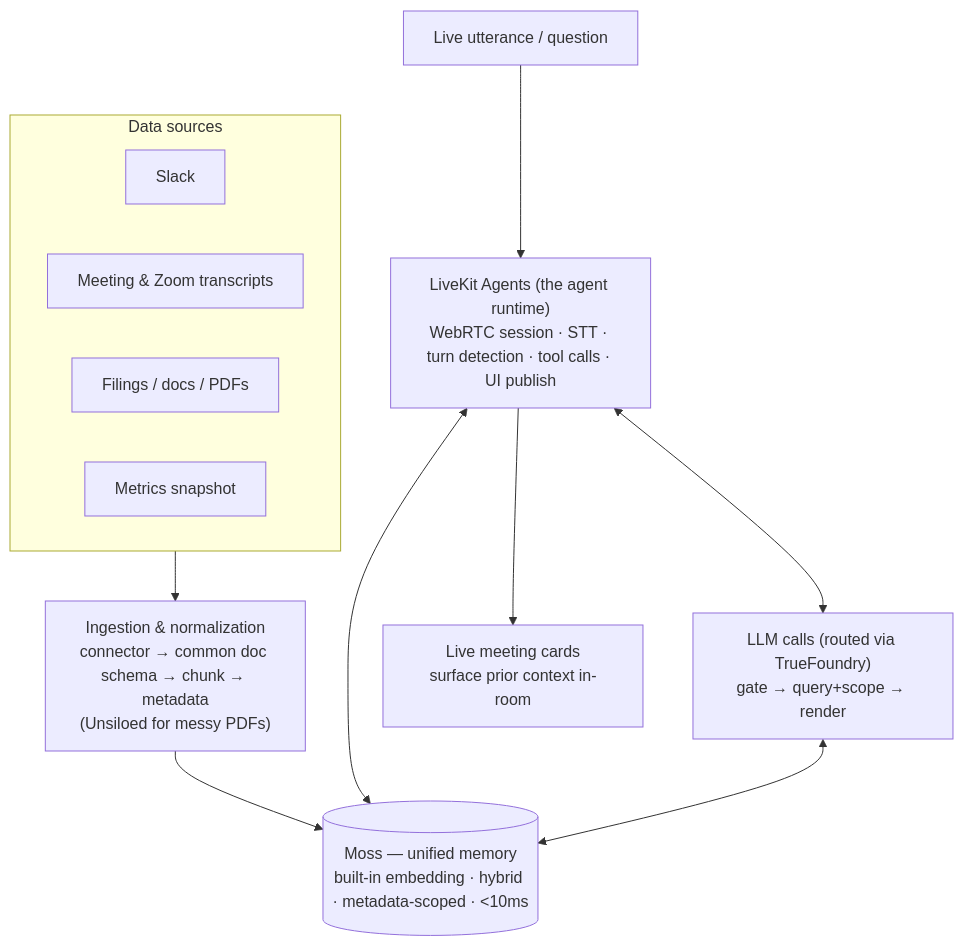
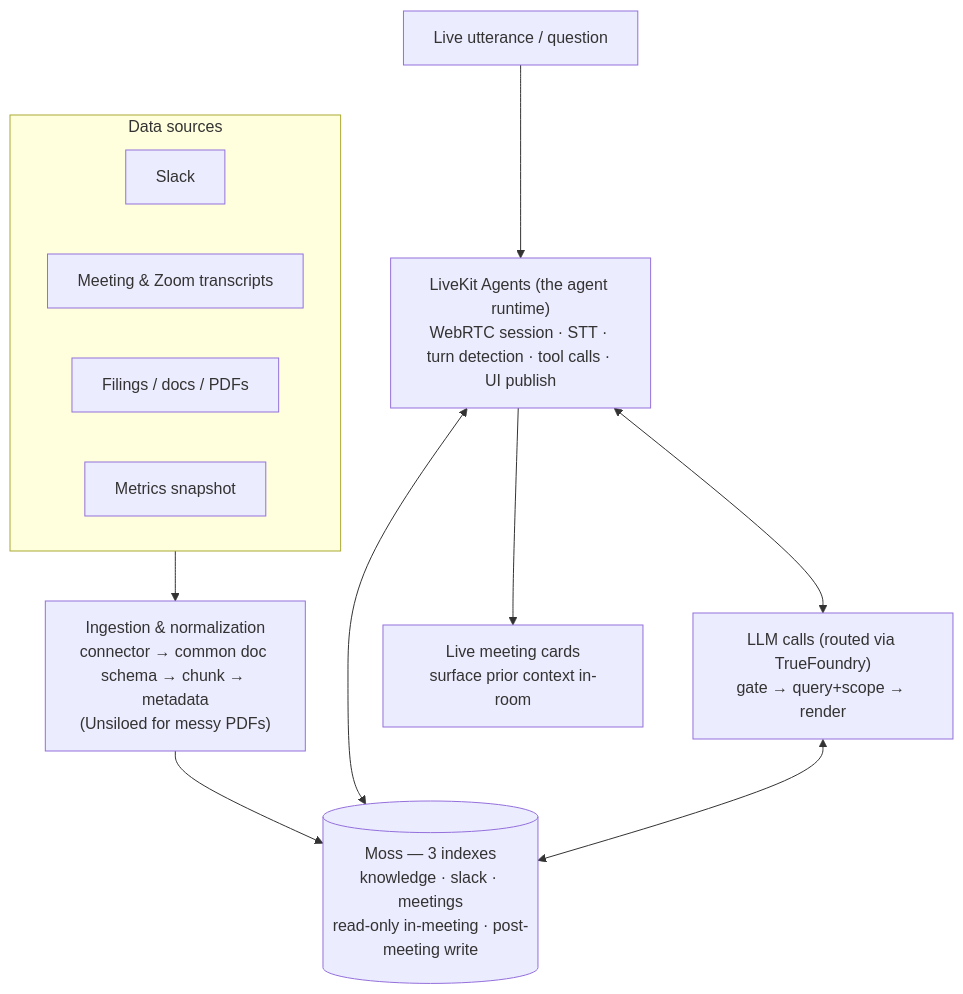
The diagram in financial-prd-final.md (alimtaha/tellmequick), drawn with Mermaid before and after one commit. The commit also changed other lines of this file and 1 other file, not shown here.

First line of the commit message:
revise memory model to three indexes, read-only during meetings

````diff
--- a/financial-prd-final.md
+++ b/financial-prd-final.md
@@ -50,18 +50,18 @@
 ```mermaid
 flowchart TD
   subgraph SRC["Data sources"]
     SL[Slack]
     TR[Meeting & Zoom transcripts]
     FI[Filings / docs / PDFs]
     ME[Metrics snapshot]
   end
   SRC --> ING["Ingestion & normalization<br/>connector → common doc schema → chunk → metadata<br/>(Unsiloed for messy PDFs)"]
-  ING --> MOSS[("Moss — unified memory<br/>built-in embedding · hybrid · metadata-scoped · &lt;10ms")]
+  ING --> MOSS[("Moss — 3 indexes<br/>knowledge · slack · meetings<br/>read-only in-meeting · post-meeting write")]
   AGENT["LiveKit Agents (the agent runtime)<br/>WebRTC session · STT · turn detection · tool calls · UI publish"]
   LLM["LLM calls (routed via TrueFoundry)<br/>gate → query+scope → render"]
   LIVE["Live utterance / question"] --> AGENT
   AGENT <--> LLM
   AGENT <--> MOSS
   LLM <--> MOSS
   AGENT --> CARDS["Live meeting cards<br/>surface prior context in-room"]
 ```
````
